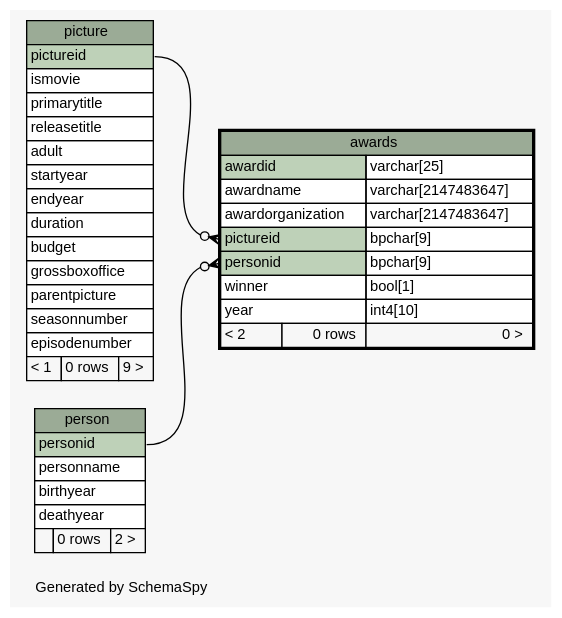
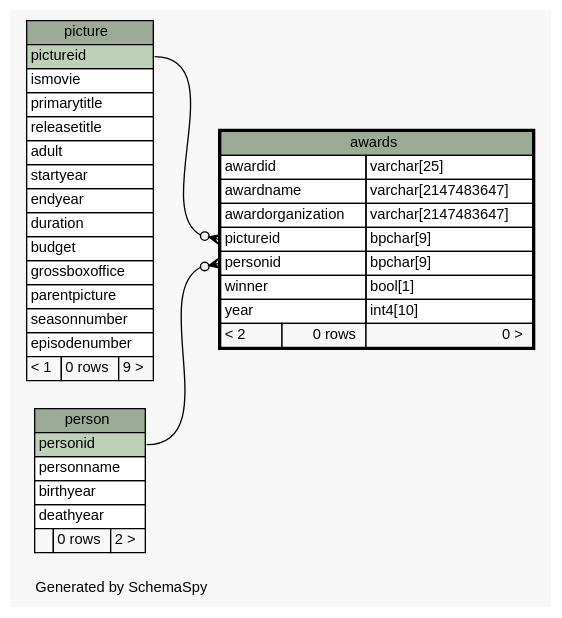
Before and after one commit to sipian/CS3563-DBMS: the diagram in populating-tables/schemaspy/diagrams/awards.1degree.dot, drawn with Graphviz. The commit also changed 38 other files, not shown here.

Commit message:
update dbschema diagram

```diff
--- a/populating-tables/schemaspy/diagrams/awards.1degree.dot
+++ b/populating-tables/schemaspy/diagrams/awards.1degree.dot
@@ -1,75 +1,75 @@
 // dot 2.38.0 on Linux 4.13.0-32-generic
 // SchemaSpy rev 590
 digraph "oneDegreeRelationshipsDiagram" {
   graph [
     rankdir="RL"
     bgcolor="#f7f7f7"
     label="\nGenerated by SchemaSpy"
     labeljust="l"
     nodesep="0.18"
     ranksep="0.46"
     fontname="Helvetica"
     fontsize="11"
   ];
   node [
     fontname="Helvetica"
     fontsize="11"
     shape="plaintext"
   ];
   edge [
     arrowsize="0.8"
   ];
   "awards":"personid":w -> "person":"personid":e [arrowhead=none dir=back arrowtail=crowodot];
   "awards":"pictureid":w -> "picture":"pictureid":e [arrowhead=none dir=back arrowtail=crowodot];
   "awards" [
     label=<
     <TABLE BORDER="2" CELLBORDER="1" CELLSPACING="0" BGCOLOR="#ffffff">
       <TR><TD COLSPAN="3" BGCOLOR="#9bab96" ALIGN="CENTER">awards</TD></TR>
-      <TR><TD PORT="awardid" COLSPAN="2" BGCOLOR="#bed1b8" ALIGN="LEFT">awardid</TD><TD PORT="awardid.type" ALIGN="LEFT">varchar[25]</TD></TR>
+      <TR><TD PORT="awardid" COLSPAN="2" ALIGN="LEFT">awardid</TD><TD PORT="awardid.type" ALIGN="LEFT">varchar[25]</TD></TR>
       <TR><TD PORT="awardname" COLSPAN="2" ALIGN="LEFT">awardname</TD><TD PORT="awardname.type" ALIGN="LEFT">varchar[2147483647]</TD></TR>
       <TR><TD PORT="awardorganization" COLSPAN="2" ALIGN="LEFT">awardorganization</TD><TD PORT="awardorganization.type" ALIGN="LEFT">varchar[2147483647]</TD></TR>
-      <TR><TD PORT="pictureid" COLSPAN="2" BGCOLOR="#bed1b8" ALIGN="LEFT">pictureid</TD><TD PORT="pictureid.type" ALIGN="LEFT">bpchar[9]</TD></TR>
-      <TR><TD PORT="personid" COLSPAN="2" BGCOLOR="#bed1b8" ALIGN="LEFT">personid</TD><TD PORT="personid.type" ALIGN="LEFT">bpchar[9]</TD></TR>
+      <TR><TD PORT="pictureid" COLSPAN="2" ALIGN="LEFT">pictureid</TD><TD PORT="pictureid.type" ALIGN="LEFT">bpchar[9]</TD></TR>
+      <TR><TD PORT="personid" COLSPAN="2" ALIGN="LEFT">personid</TD><TD PORT="personid.type" ALIGN="LEFT">bpchar[9]</TD></TR>
       <TR><TD PORT="winner" COLSPAN="2" ALIGN="LEFT">winner</TD><TD PORT="winner.type" ALIGN="LEFT">bool[1]</TD></TR>
       <TR><TD PORT="year" COLSPAN="2" ALIGN="LEFT">year</TD><TD PORT="year.type" ALIGN="LEFT">int4[10]</TD></TR>
       <TR><TD ALIGN="LEFT" BGCOLOR="#f7f7f7">&lt; 2</TD><TD ALIGN="RIGHT" BGCOLOR="#f7f7f7">0 rows</TD><TD ALIGN="RIGHT" BGCOLOR="#f7f7f7">0 &gt;</TD></TR>
     </TABLE>>
     URL="awards.html"
     tooltip="awards"
   ];
   "person" [
     label=<
     <TABLE BORDER="0" CELLBORDER="1" CELLSPACING="0" BGCOLOR="#ffffff">
       <TR><TD COLSPAN="3" BGCOLOR="#9bab96" ALIGN="CENTER">person</TD></TR>
       <TR><TD PORT="personid" COLSPAN="3" BGCOLOR="#bed1b8" ALIGN="LEFT">personid</TD></TR>
       <TR><TD PORT="personname" COLSPAN="3" ALIGN="LEFT">personname</TD></TR>
       <TR><TD PORT="birthyear" COLSPAN="3" ALIGN="LEFT">birthyear</TD></TR>
       <TR><TD PORT="deathyear" COLSPAN="3" ALIGN="LEFT">deathyear</TD></TR>
       <TR><TD ALIGN="LEFT" BGCOLOR="#f7f7f7">  </TD><TD ALIGN="RIGHT" BGCOLOR="#f7f7f7">0 rows</TD><TD ALIGN="RIGHT" BGCOLOR="#f7f7f7">2 &gt;</TD></TR>
     </TABLE>>
     URL="person.html"
     tooltip="person"
   ];
   "picture" [
     label=<
     <TABLE BORDER="0" CELLBORDER="1" CELLSPACING="0" BGCOLOR="#ffffff">
       <TR><TD COLSPAN="3" BGCOLOR="#9bab96" ALIGN="CENTER">picture</TD></TR>
       <TR><TD PORT="pictureid" COLSPAN="3" BGCOLOR="#bed1b8" ALIGN="LEFT">pictureid</TD></TR>
       <TR><TD PORT="ismovie" COLSPAN="3" ALIGN="LEFT">ismovie</TD></TR>
       <TR><TD PORT="primarytitle" COLSPAN="3" ALIGN="LEFT">primarytitle</TD></TR>
       <TR><TD PORT="releasetitle" COLSPAN="3" ALIGN="LEFT">releasetitle</TD></TR>
       <TR><TD PORT="adult" COLSPAN="3" ALIGN="LEFT">adult</TD></TR>
       <TR><TD PORT="startyear" COLSPAN="3" ALIGN="LEFT">startyear</TD></TR>
       <TR><TD PORT="endyear" COLSPAN="3" ALIGN="LEFT">endyear</TD></TR>
       <TR><TD PORT="duration" COLSPAN="3" ALIGN="LEFT">duration</TD></TR>
       <TR><TD PORT="budget" COLSPAN="3" ALIGN="LEFT">budget</TD></TR>
       <TR><TD PORT="grossboxoffice" COLSPAN="3" ALIGN="LEFT">grossboxoffice</TD></TR>
       <TR><TD PORT="parentpicture" COLSPAN="3" ALIGN="LEFT">parentpicture</TD></TR>
       <TR><TD PORT="seasonnumber" COLSPAN="3" ALIGN="LEFT">seasonnumber</TD></TR>
       <TR><TD PORT="episodenumber" COLSPAN="3" ALIGN="LEFT">episodenumber</TD></TR>
       <TR><TD ALIGN="LEFT" BGCOLOR="#f7f7f7">&lt; 1</TD><TD ALIGN="RIGHT" BGCOLOR="#f7f7f7">0 rows</TD><TD ALIGN="RIGHT" BGCOLOR="#f7f7f7">9 &gt;</TD></TR>
     </TABLE>>
     URL="picture.html"
     tooltip="picture"
   ];
 }
```
